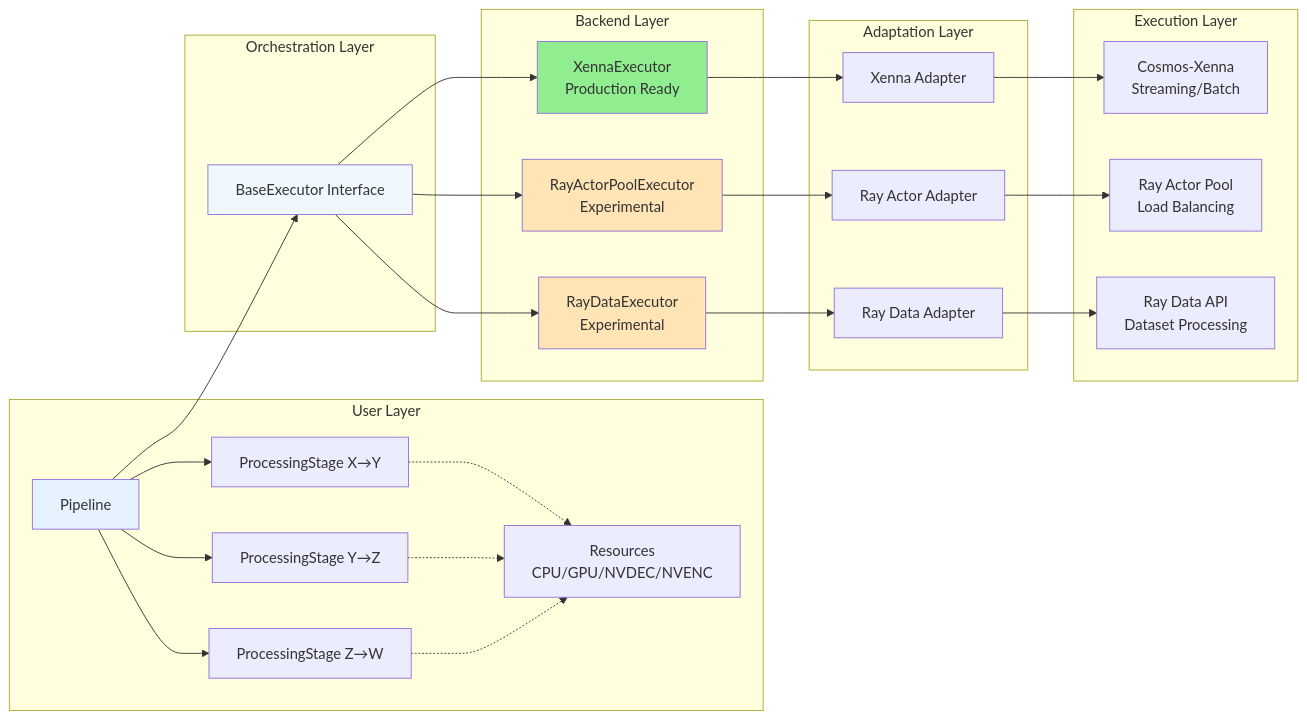
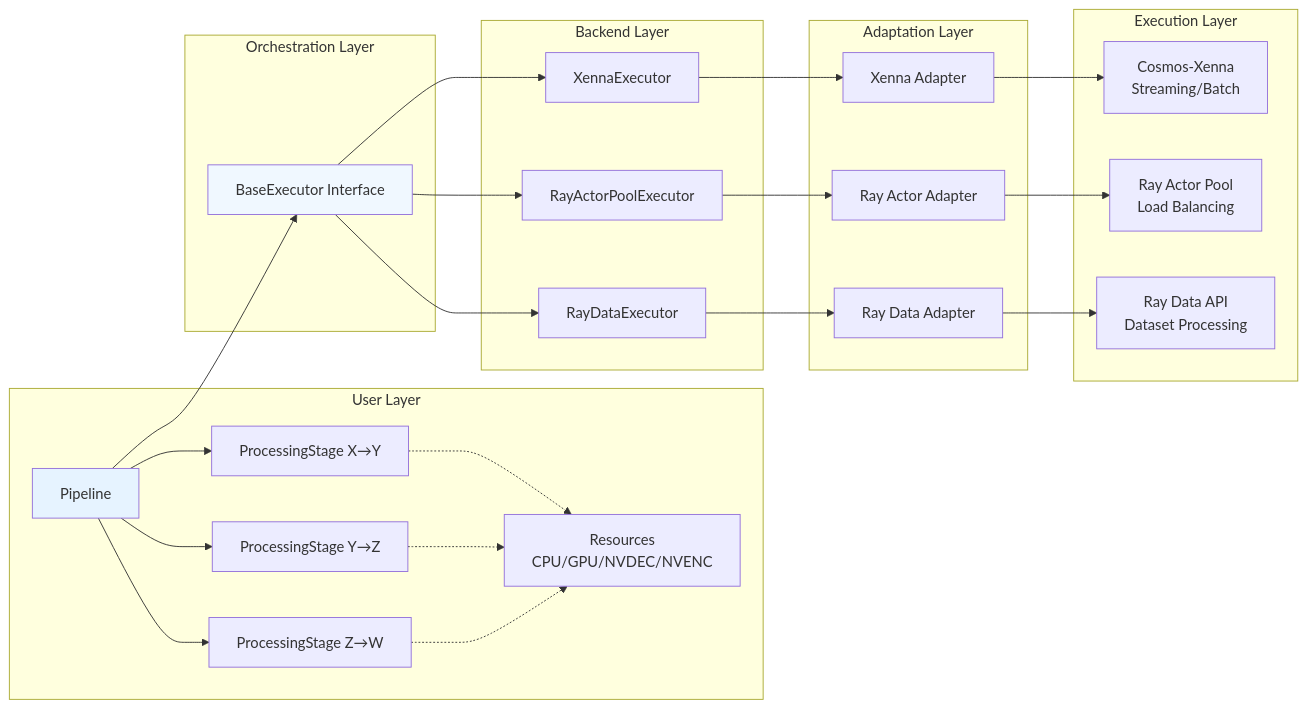
One commit to ayushdg/NeMo-Curator changed the diagram in docs/about/release-notes/index.md. Above: the diagram before and after it, drawn with Mermaid. The commit also changed 1 other file, not shown here.

Commit message:
Ray Pool Executor (#1415)
* updates

* feedback

---------

````diff
--- a/docs/about/release-notes/index.md
+++ b/docs/about/release-notes/index.md
@@ -111,58 +111,55 @@
 ```{mermaid}
 graph LR
     subgraph "User Layer"
         P[Pipeline]
         S1[ProcessingStage X→Y]
         S2[ProcessingStage Y→Z]
         S3[ProcessingStage Z→W]
         R[Resources<br/>CPU/GPU/NVDEC/NVENC]
     end
     
     subgraph "Orchestration Layer"
         BE[BaseExecutor Interface]
     end
     
     subgraph "Backend Layer"
-        XE[XennaExecutor<br/>Production Ready]
-        RAP[RayActorPoolExecutor<br/>Experimental]
-        RDE[RayDataExecutor<br/>Experimental]
+        XE[XennaExecutor]
+        RAP[RayActorPoolExecutor]
+        RDE[RayDataExecutor]
     end
     
     subgraph "Adaptation Layer"
         XA[Xenna Adapter]
         RAPA[Ray Actor Adapter]
         RDA[Ray Data Adapter]
     end
     
     subgraph "Execution Layer"
         X[Cosmos-Xenna<br/>Streaming/Batch]
         RAY1[Ray Actor Pool<br/>Load Balancing]
         RAY2[Ray Data API<br/>Dataset Processing]
     end
     
     P --> S1
     P --> S2
     P --> S3
     S1 -.-> R
     S2 -.-> R
     S3 -.-> R
     
     P --> BE
     BE --> XE
     BE --> RAP
     BE --> RDE
     
     XE --> XA
     RAP --> RAPA
     RDE --> RDA
     
     XA --> X
     RAPA --> RAY1
     RDA --> RAY2
     
-    style XE fill:#90EE90
-    style RAP fill:#FFE4B5
-    style RDE fill:#FFE4B5
     style P fill:#E6F3FF
     style BE fill:#F0F8FF
 ```
````
